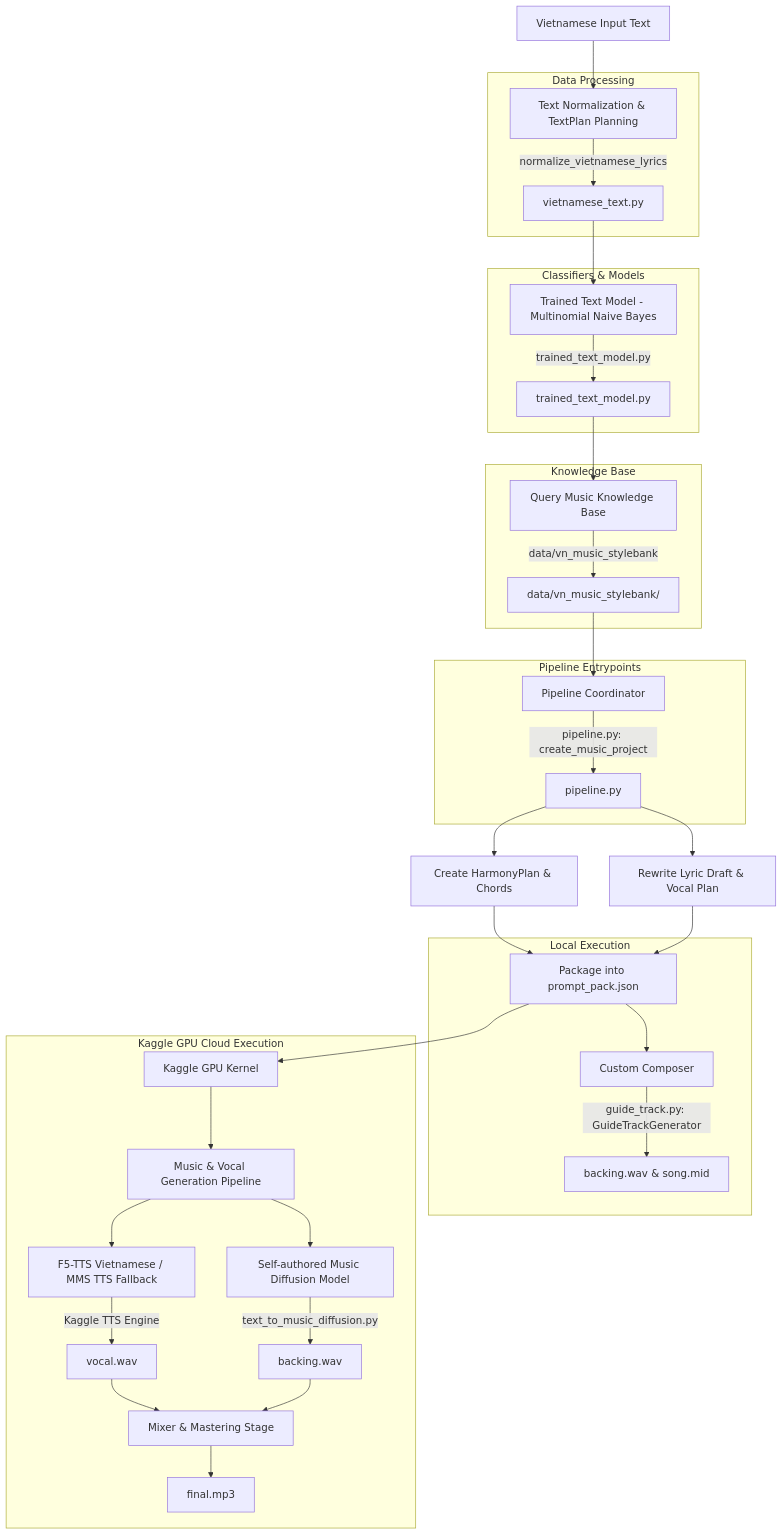
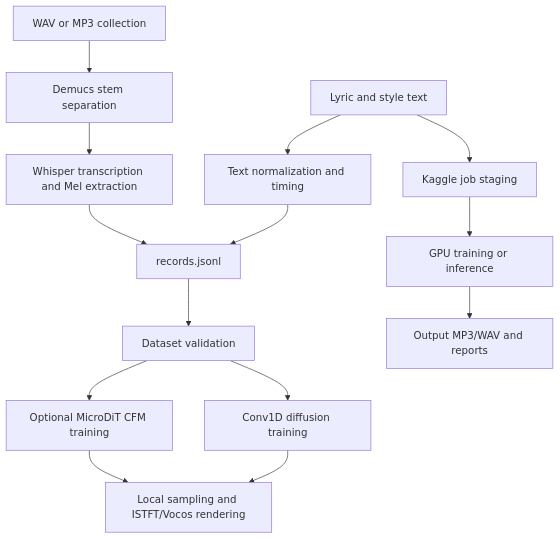
Before and after one commit to nhuy5602/GenMusic: the diagram in docs/architecture.md, drawn with Mermaid. The commit also changed other lines of this file and 10 other files, not shown here.

````diff
--- a/docs/architecture.md
+++ b/docs/architecture.md
@@ -9,44 +9,16 @@
 ```mermaid
 flowchart TD
-    A[Vietnamese Input Text] --> B[Text Normalization & TextPlan Planning]
-    subgraph Data Processing
-        B -->|normalize_vietnamese_lyrics| B1["vietnamese_text.py"]
-    end
-
-    B1 --> C[Trained Text Model - Multinomial Naive Bayes]
-    subgraph Classifiers & Models
-        C -->|trained_text_model.py| C1["trained_text_model.py"]
-    end
-
-    C1 --> F[Query Music Knowledge Base]
-    subgraph Knowledge Base
-        F -->|data/vn_music_stylebank| F1["data/vn_music_stylebank/"]
-    end
-
-    F1 --> G[Pipeline Coordinator]
-    subgraph Pipeline Entrypoints
-        G -->|pipeline.py: create_music_project| G1["pipeline.py"]
-    end
-
-    G1 --> H[Create HarmonyPlan & Chords]
-    G1 --> I[Rewrite Lyric Draft & Vocal Plan]
-    H & I --> J[Package into prompt_pack.json]
-    
-    subgraph Local Execution
-        J --> K1[Custom Composer]
-        K1 -->|guide_track.py: GuideTrackGenerator| L1[backing.wav & song.mid]
-    end
-    
-    subgraph Kaggle GPU Cloud Execution
-        J --> K2[Kaggle GPU Kernel]
-        K2 --> L2[Music & Vocal Generation Pipeline]
-        L2 --> M2[F5-TTS Vietnamese / MMS TTS Fallback]
-        L2 --> M3[Self-authored Music Diffusion Model]
-        
-        M2 -->|Kaggle TTS Engine| N2[vocal.wav]
-        M3 -->|text_to_music_diffusion.py| O2[backing.wav]
-        
-        N2 & O2 --> P2[Mixer & Mastering Stage]
-        P2 --> Q2[final.mp3]
-    end
+    A[Lyric and style text] --> B[Text normalization and timing]
+    C[WAV or MP3 collection] --> D[Demucs stem separation]
+    D --> E[Whisper transcription and Mel extraction]
+    B --> F[records.jsonl]
+    E --> F
+    F --> G[Dataset validation]
+    G --> H[Conv1D diffusion training]
+    G --> I[Optional MicroDiT CFM training]
+    H --> J[Local sampling and ISTFT/Vocos rendering]
+    I --> J
+    A --> K[Kaggle job staging]
+    K --> L[GPU training or inference]
+    L --> M[Output MP3/WAV and reports]
 ```
````
